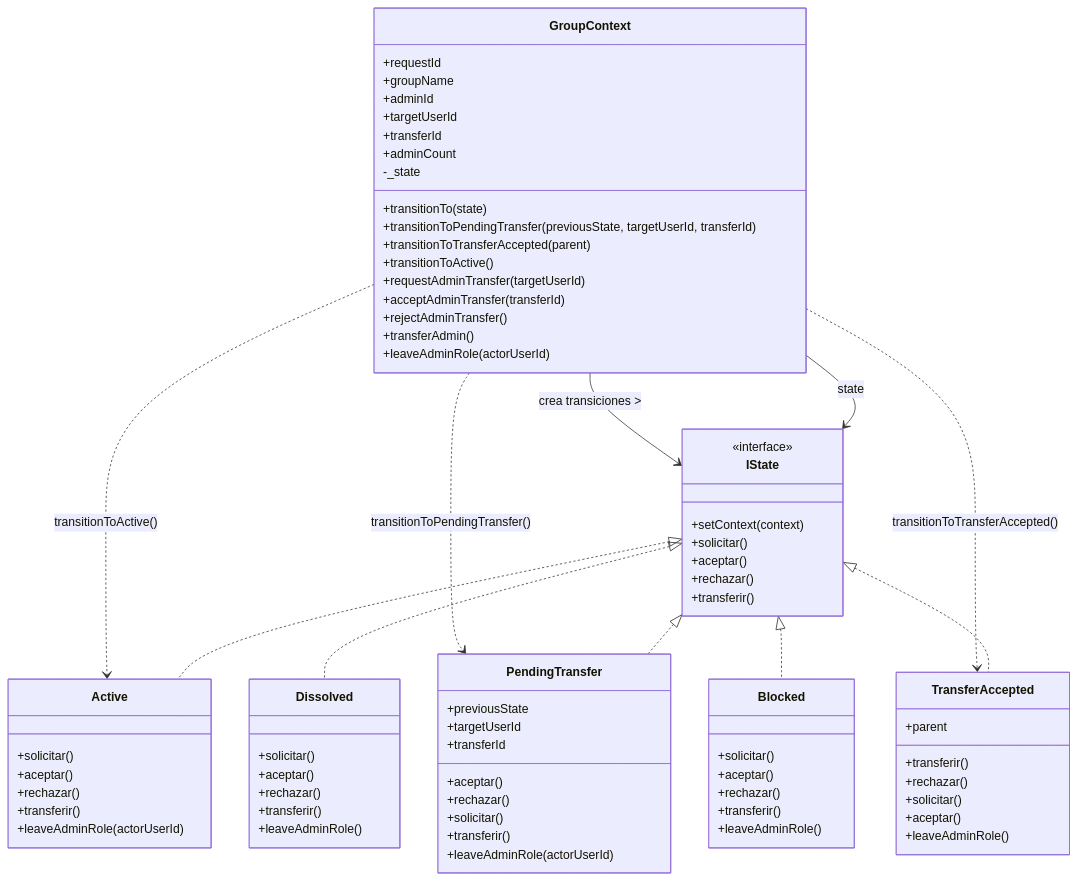
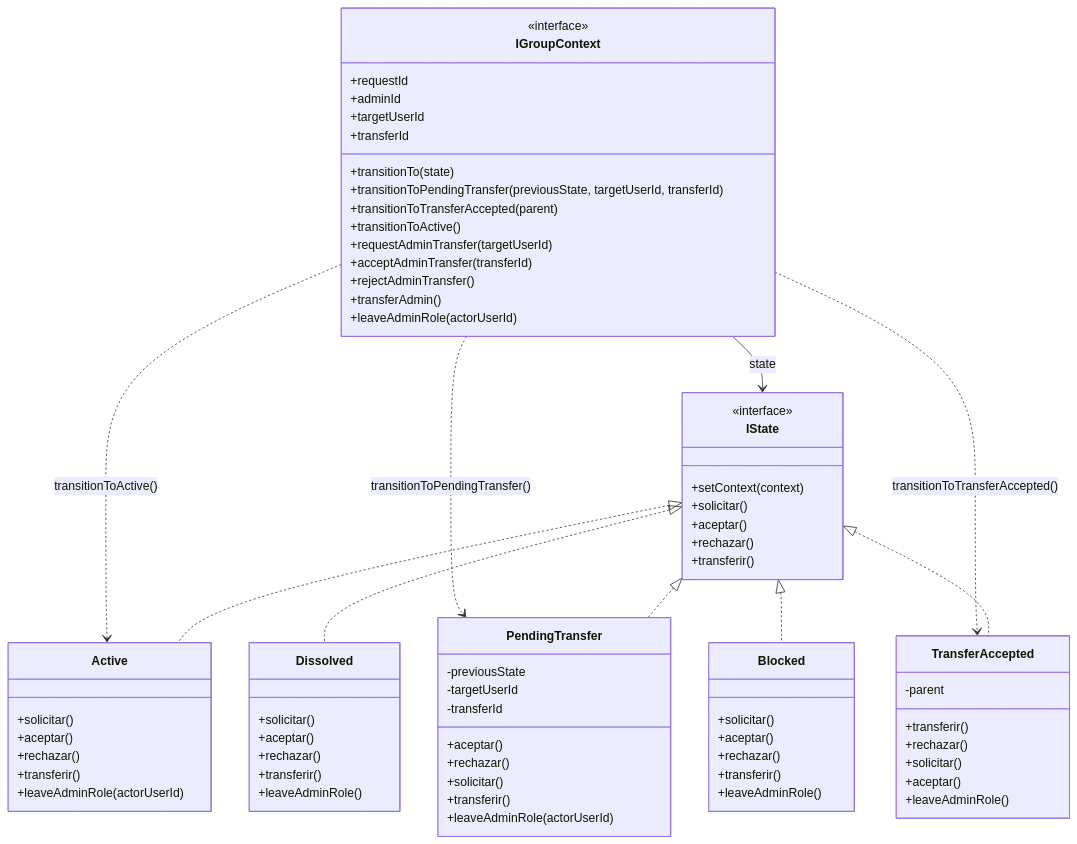
Before and after one commit to Cgomez2107/UniConnect: the second of 3 diagrams in backend/services/study-groups/README.md, drawn with Mermaid. The commit also changed other lines of this file and 25 other files, not shown here.

Commit message:
fix(groups): stabilize admin transfer flow, RLS bypass, and UI layout" -m "Resolves 500/403 API errors during role swap using elevated privileges. Fixes double notifications, WS disconnects, chat UI overlaps, and completes State pattern UML documentation (CA 1-7)."

````diff
--- a/backend/services/study-groups/README.md
+++ b/backend/services/study-groups/README.md
@@ -90,12 +76,11 @@
 ```mermaid
 classDiagram
-    class GroupContext {
+    class IGroupContext {
+        <<interface>>
         +requestId
-        +groupName
         +adminId
         +targetUserId
         +transferId
-        +adminCount
         +transitionTo(state)
         +transitionToPendingTransfer(previousState, targetUserId, transferId)
         +transitionToTransferAccepted(parent)
@@ -105,7 +90,6 @@
         +rejectAdminTransfer()
         +transferAdmin()
         +leaveAdminRole(actorUserId)
-        -_state
     }
 
     class IState {
@@ -126,9 +110,9 @@
     }
 
     class PendingTransfer {
-        +previousState
-        +targetUserId
-        +transferId
+        -previousState
+        -targetUserId
+        -transferId
         +aceptar()
         +rechazar()
         +solicitar()
@@ -137,7 +121,7 @@
     }
 
     class TransferAccepted {
-        +parent
+        -parent
         +transferir()
         +rechazar()
         +solicitar()
@@ -161,14 +145,13 @@
         +leaveAdminRole()
     }
 
-    GroupContext --> IState : state
+    IGroupContext --> IState : state
     IState <|.. Active
     IState <|.. PendingTransfer
     IState <|.. TransferAccepted
     IState <|.. Dissolved
     IState <|.. Blocked
-    GroupContext --> IState : crea transiciones >
-    GroupContext ..> Active : transitionToActive()
-    GroupContext ..> PendingTransfer : transitionToPendingTransfer()
-    GroupContext ..> TransferAccepted : transitionToTransferAccepted()
+    IGroupContext ..> Active : transitionToActive()
+    IGroupContext ..> PendingTransfer : transitionToPendingTransfer()
+    IGroupContext ..> TransferAccepted : transitionToTransferAccepted()
 ```
````
